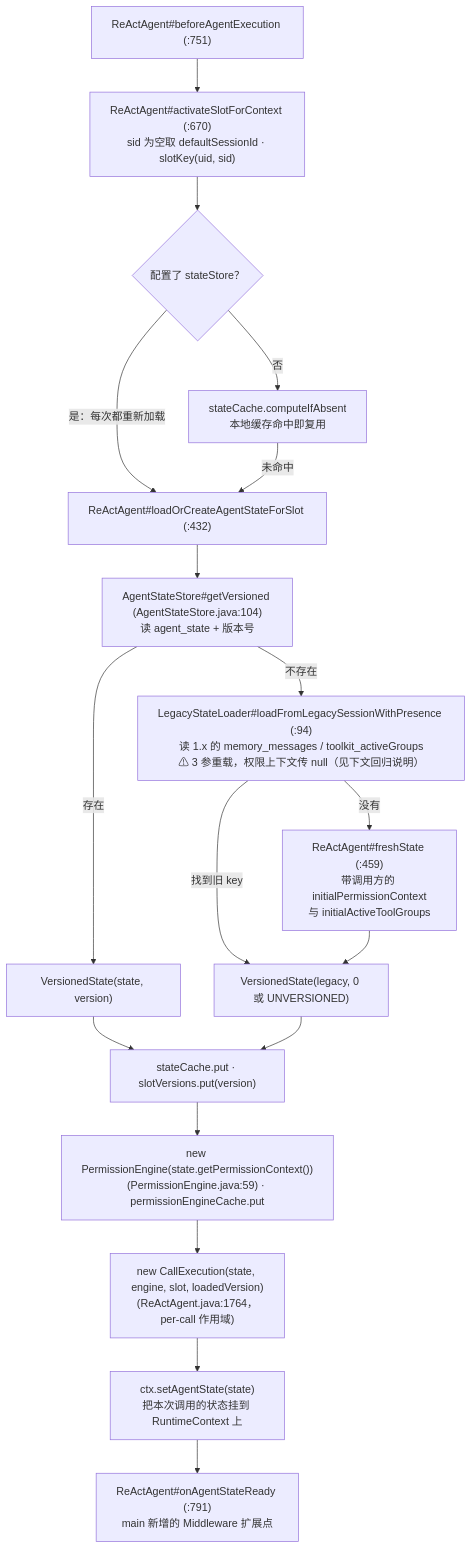
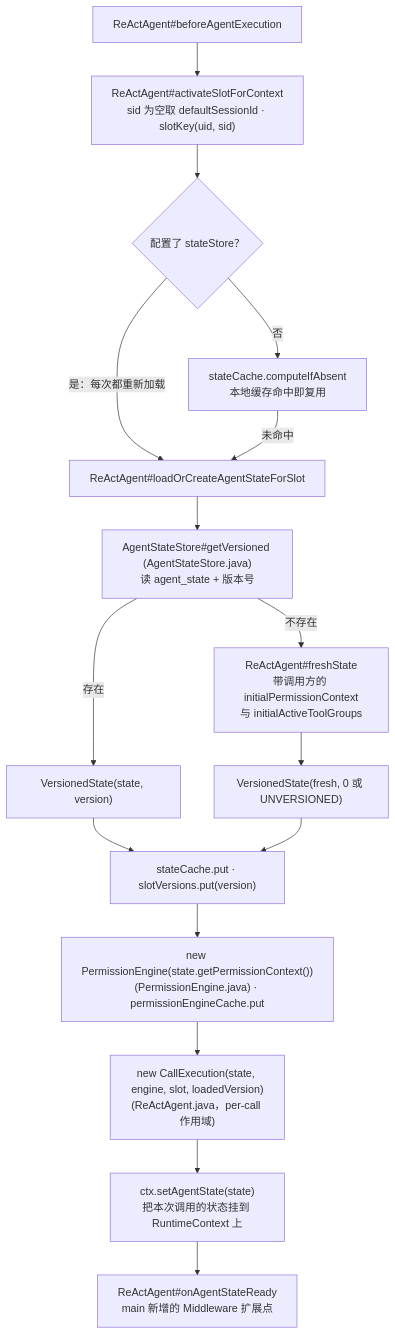
The fifth of 6 diagrams in 02-消息与状态模型.md (liulangjietou/AgentScope-source-analysis), drawn with Mermaid before and after one commit. The commit also changed other lines of this file and 13 other files, not shown here.

Commit message:
docs: align source guide and diagrams with main dcb131a3

````diff
--- a/02-消息与状态模型.md
+++ b/02-消息与状态模型.md
@@ -225,20 +255,18 @@
 ```mermaid
 flowchart TB
-    BE["ReActAgent#beforeAgentExecution (:751)"] --> ACT["ReActAgent#activateSlotForContext (:670)<br/>sid 为空取 defaultSessionId · slotKey(uid, sid)"]
+    BE["ReActAgent#beforeAgentExecution"] --> ACT["ReActAgent#activateSlotForContext<br/>sid 为空取 defaultSessionId · slotKey(uid, sid)"]
     ACT --> HAS{"配置了 stateStore？"}
     HAS -->|"否"| MEM["stateCache.computeIfAbsent<br/>本地缓存命中即复用"]
-    HAS -->|"是：每次都重新加载"| LOAD["ReActAgent#loadOrCreateAgentStateForSlot (:432)"]
+    HAS -->|"是：每次都重新加载"| LOAD["ReActAgent#loadOrCreateAgentStateForSlot"]
     MEM -->|"未命中"| LOAD
-    LOAD --> GV["AgentStateStore#getVersioned (AgentStateStore.java:104)<br/>读 agent_state + 版本号"]
+    LOAD --> GV["AgentStateStore#getVersioned (AgentStateStore.java)<br/>读 agent_state + 版本号"]
     GV -->|"存在"| VS["VersionedState(state, version)"]
-    GV -->|"不存在"| LEG["LegacyStateLoader#loadFromLegacySessionWithPresence (:94)<br/>读 1.x 的 memory_messages / toolkit_activeGroups<br/>⚠ 3 参重载，权限上下文传 null（见下文回归说明）"]
-    LEG -->|"找到旧 key"| VS0["VersionedState(legacy, 0 或 UNVERSIONED)"]
-    LEG -->|"没有"| FRESH["ReActAgent#freshState (:459)<br/>带调用方的 initialPermissionContext<br/>与 initialActiveToolGroups"]
-    FRESH --> VS0
+    GV -->|"不存在"| FRESH["ReActAgent#freshState<br/>带调用方的 initialPermissionContext<br/>与 initialActiveToolGroups"]
+    FRESH --> VS0["VersionedState(fresh, 0 或 UNVERSIONED)"]
     VS --> PUT["stateCache.put · slotVersions.put(version)"]
     VS0 --> PUT
-    PUT --> PE["new PermissionEngine(state.getPermissionContext())<br/>(PermissionEngine.java:59) · permissionEngineCache.put"]
-    PE --> CE["new CallExecution(state, engine, slot, loadedVersion)<br/>(ReActAgent.java:1764，per-call 作用域)"]
+    PUT --> PE["new PermissionEngine(state.getPermissionContext())<br/>(PermissionEngine.java) · permissionEngineCache.put"]
+    PE --> CE["new CallExecution(state, engine, slot, loadedVersion)<br/>(ReActAgent.java，per-call 作用域)"]
     CE --> RC["ctx.setAgentState(state)<br/>把本次调用的状态挂到 RuntimeContext 上"]
-    RC --> READY["ReActAgent#onAgentStateReady (:791)<br/>main 新增的 Middleware 扩展点"]
+    RC --> READY["ReActAgent#onAgentStateReady<br/>main 新增的 Middleware 扩展点"]
 ```
````
